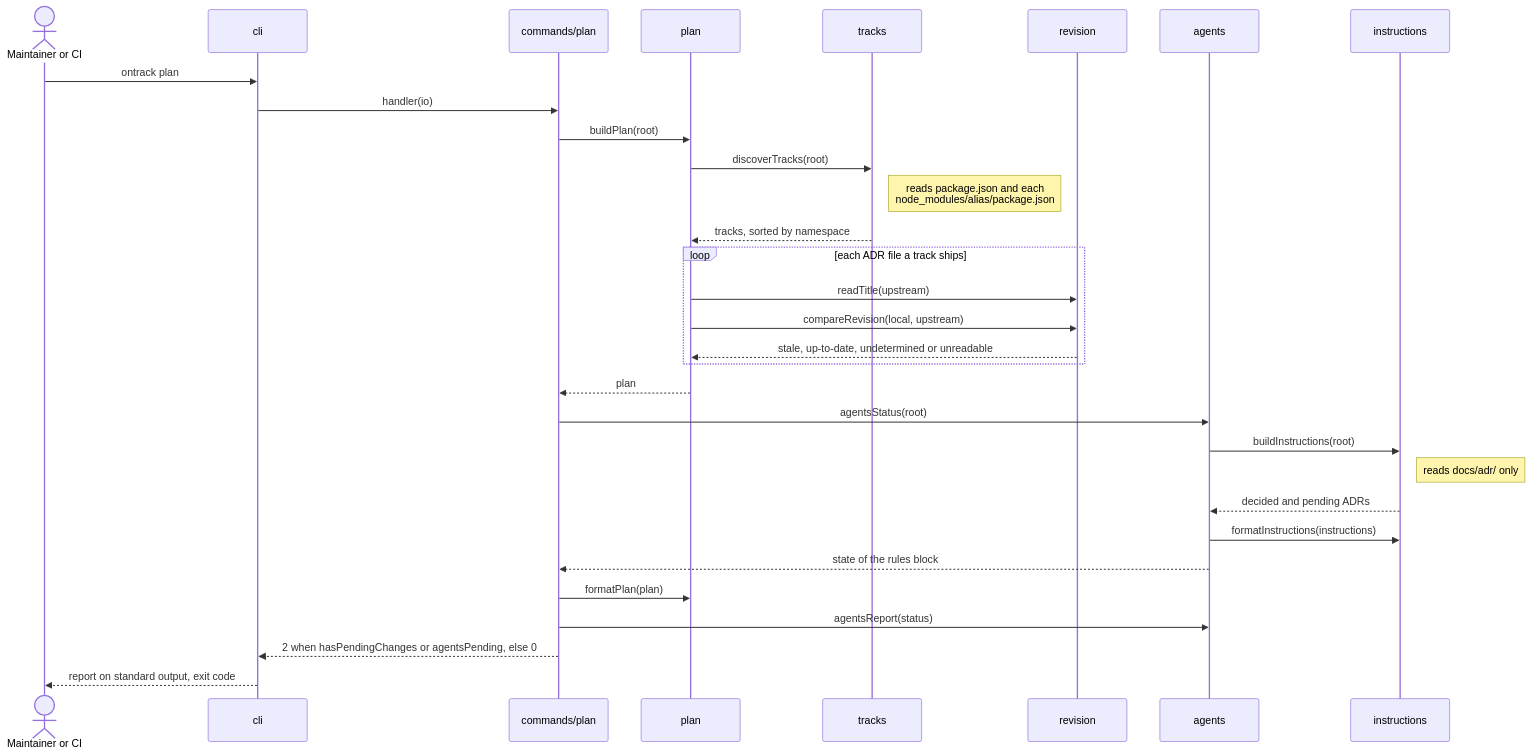
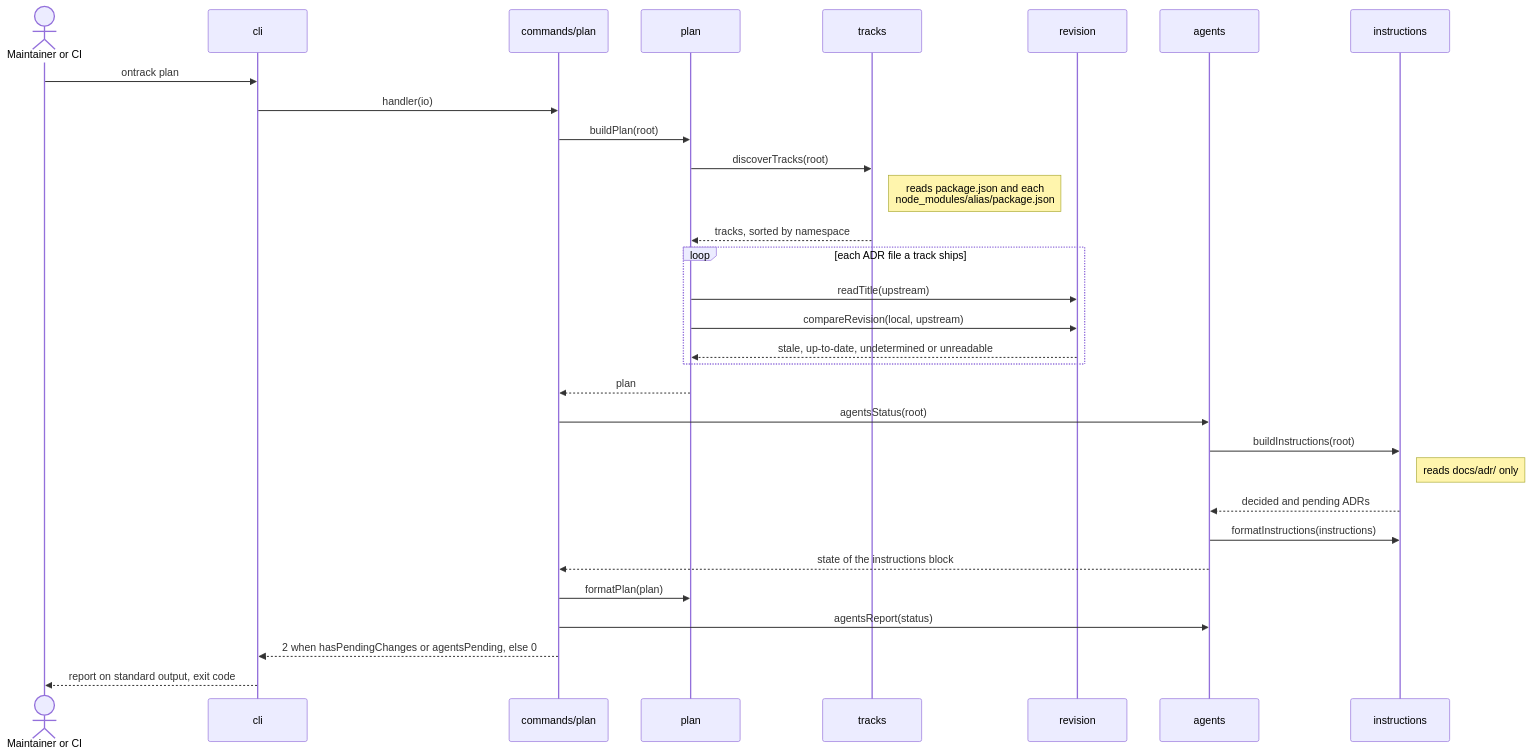
The first of 2 diagrams in docs/architecture/arc42/06-runtime-view.md (trivoallan/ontrack), drawn with Mermaid before and after one commit. The commit also changed other lines of this file and 83 other files, not shown here.

````diff
--- a/docs/architecture/arc42/06-runtime-view.md
+++ b/docs/architecture/arc42/06-runtime-view.md
@@ -25,34 +25,34 @@
 ```mermaid
 sequenceDiagram
     actor User as Maintainer or CI
     participant Cli as cli
     participant Cmd as commands/plan
     participant Plan as plan
     participant Tracks as tracks
     participant Revision as revision
     participant Agents as agents
     participant Instructions as instructions
 
     User->>Cli: ontrack plan
     Cli->>Cmd: handler(io)
     Cmd->>Plan: buildPlan(root)
     Plan->>Tracks: discoverTracks(root)
     Note right of Tracks: reads package.json and each<br/>node_modules/alias/package.json
     Tracks-->>Plan: tracks, sorted by namespace
     loop each ADR file a track ships
         Plan->>Revision: readTitle(upstream)
         Plan->>Revision: compareRevision(local, upstream)
         Revision-->>Plan: stale, up-to-date, undetermined or unreadable
     end
     Plan-->>Cmd: plan
     Cmd->>Agents: agentsStatus(root)
     Agents->>Instructions: buildInstructions(root)
     Note right of Instructions: reads docs/adr/ only
     Instructions-->>Agents: decided and pending ADRs
     Agents->>Instructions: formatInstructions(instructions)
-    Agents-->>Cmd: state of the rules block
+    Agents-->>Cmd: state of the instructions block
     Cmd->>Plan: formatPlan(plan)
     Cmd->>Agents: agentsReport(status)
     Cmd-->>Cli: 2 when hasPendingChanges or agentsPending, else 0
     Cli-->>User: report on standard output, exit code
 ```
````
